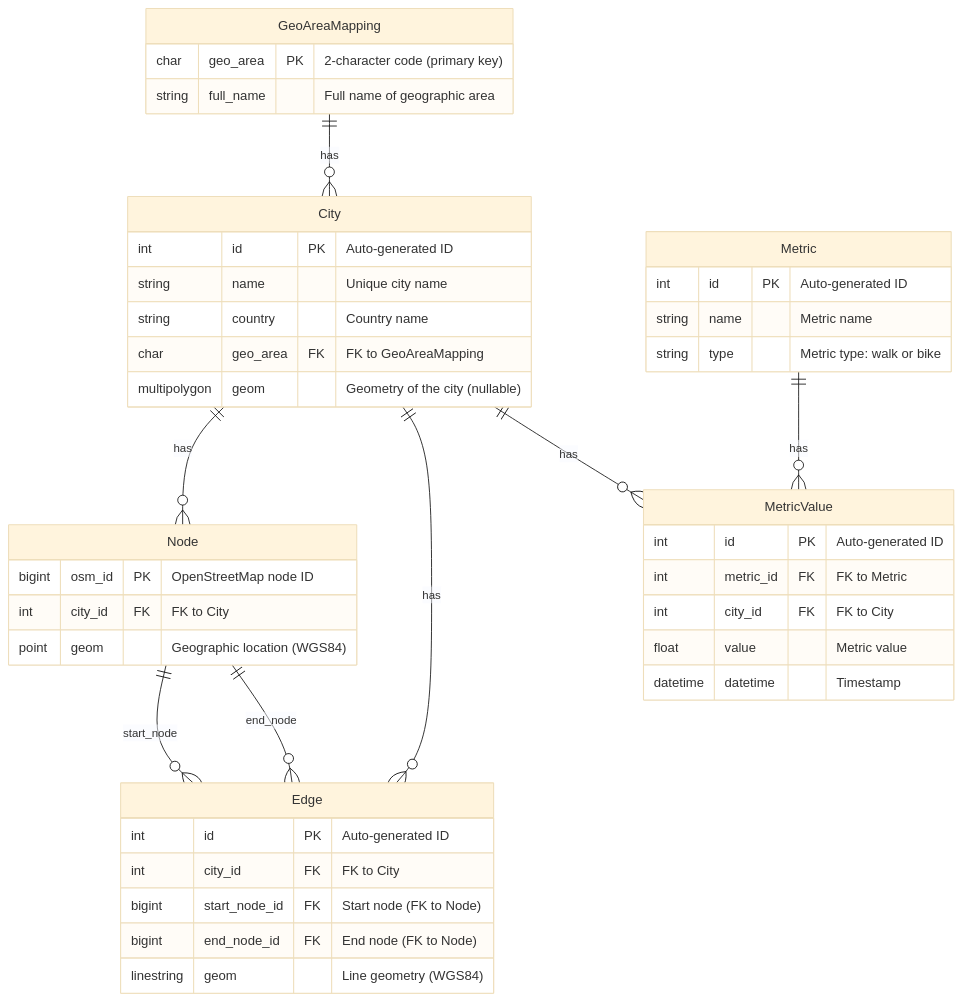
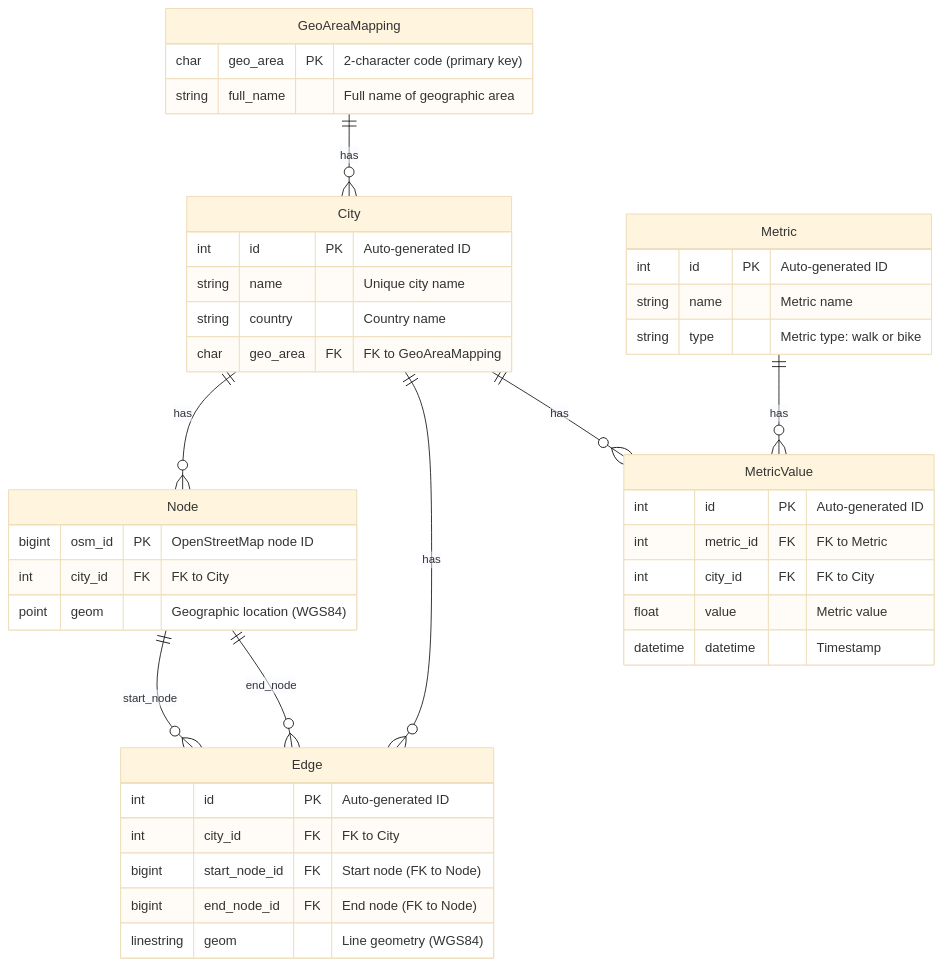
One commit to tanxiaoo/city_network_analysis changed the diagram in README.md. Above: the diagram before and after it, drawn with Mermaid (base theme).

Commit message:
Merge remote-tracking branch 'origin/main'

````diff
--- a/README.md
+++ b/README.md
@@ -42,51 +42,50 @@
 ```mermaid
 erDiagram
     GeoAreaMapping ||--o{ City : "has"
     City ||--o{ Node : "has"
     City ||--o{ Edge : "has"
     City ||--o{ MetricValue : "has"
     Metric ||--o{ MetricValue : "has"
     Node ||--o{ Edge : "start_node"
     Node ||--o{ Edge : "end_node"
 
     GeoAreaMapping {
         char geo_area PK "2-character code (primary key)"
         string full_name "Full name of geographic area"
     }
 
     City {
         int id PK "Auto-generated ID"
         string name "Unique city name"
         string country "Country name"
         char geo_area FK "FK to GeoAreaMapping"
-        multipolygon geom "Geometry of the city (nullable)"
     }
 
     Metric {
         int id PK "Auto-generated ID"
         string name "Metric name"
         string type "Metric type: walk or bike"
     }
 
     MetricValue {
         int id PK "Auto-generated ID"
         int metric_id FK "FK to Metric"
         int city_id FK "FK to City"
         float value "Metric value"
         datetime datetime "Timestamp"
     }
 
     Node {
         bigint osm_id PK "OpenStreetMap node ID"
         int city_id FK "FK to City"
         point geom "Geographic location (WGS84)"
     }
 
     Edge {
         int id PK "Auto-generated ID"
         int city_id FK "FK to City"
         bigint start_node_id FK "Start node (FK to Node)"
         bigint end_node_id FK "End node (FK to Node)"
         linestring geom "Line geometry (WGS84)"
     }
 ```
````
